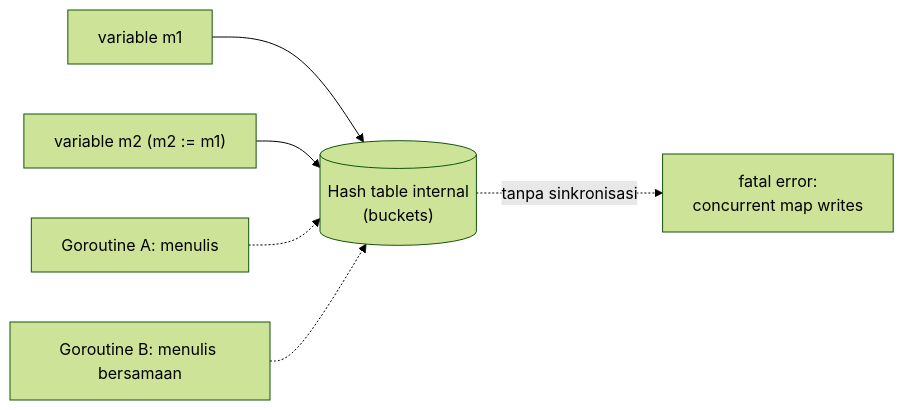
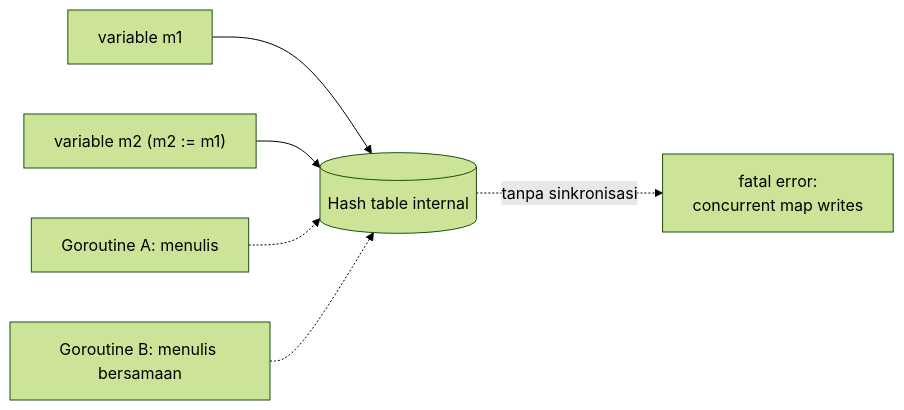
One commit to firmanains/backend-engineering-vault changed the diagram in 20 Go Language/Map Internals.md. Above: the diagram before and after it, drawn with Mermaid (forest theme). The commit also changed other lines of this file and 172 other files, not shown here.

````diff
--- a/20 Go Language/Map Internals.md
+++ b/20 Go Language/Map Internals.md
@@ -47,8 +42,8 @@
 ```mermaid
 flowchart LR
-    V1["variable m1"] --> H[("Hash table internal\n(buckets)")]
+    V1["variable m1"] --> H[("Hash table internal")]
     V2["variable m2 (m2 := m1)"] --> H
     G1["Goroutine A: menulis"] -.-> H
     G2["Goroutine B: menulis bersamaan"] -.-> H
     H -.->|"tanpa sinkronisasi"| Crash["fatal error:\nconcurrent map writes"]
 ```
````
